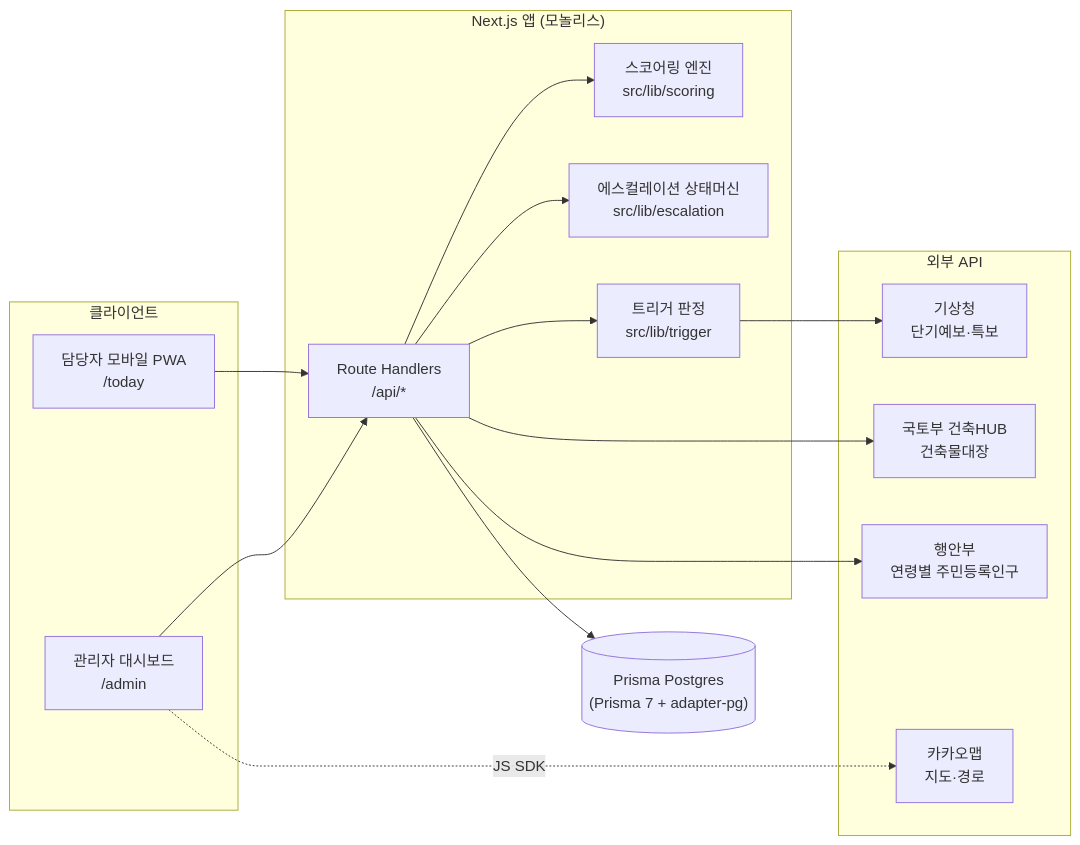
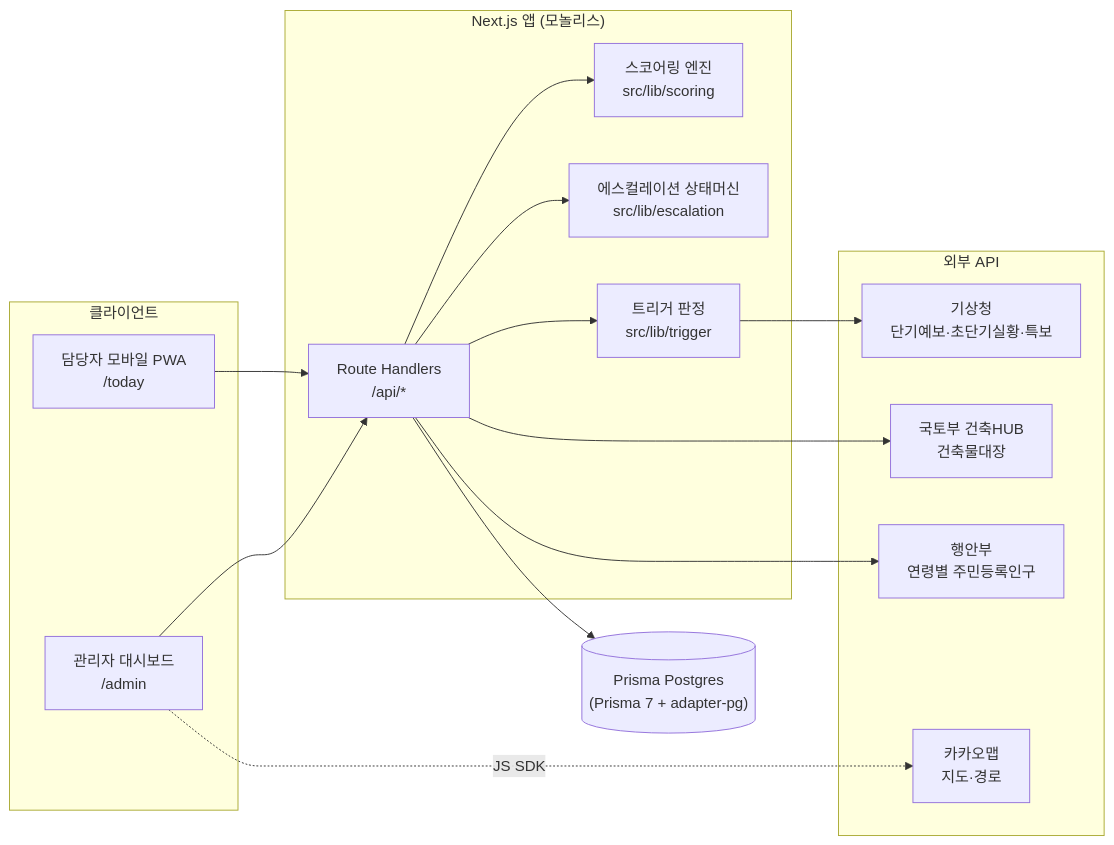
Before and after one commit to NO-TOKEN-NO-WORK/this-house-first: the first of 3 diagrams in docs/architecture.md, drawn with Mermaid. The commit also changed other lines of this file and 2 other files, not shown here.

````diff
--- a/docs/architecture.md
+++ b/docs/architecture.md
@@ -9,28 +9,28 @@
 ```mermaid
 flowchart LR
     subgraph client["클라이언트"]
         W["담당자 모바일 PWA<br/>/today"]
         A["관리자 대시보드<br/>/admin"]
     end
     subgraph app["Next.js 앱 (모놀리스)"]
         RH["Route Handlers<br/>/api/*"]
         SC["스코어링 엔진<br/>src/lib/scoring"]
         SM["에스컬레이션 상태머신<br/>src/lib/escalation"]
         TR["트리거 판정<br/>src/lib/trigger"]
     end
     DB[("Prisma Postgres<br/>(Prisma 7 + adapter-pg)")]
     subgraph ext["외부 API"]
-        KMA["기상청<br/>단기예보·특보"]
+        KMA["기상청<br/>단기예보·초단기실황·특보"]
         HUB["국토부 건축HUB<br/>건축물대장"]
         MOIS["행안부<br/>연령별 주민등록인구"]
         KAKAO["카카오맵<br/>지도·경로"]
     end
     W --> RH
     A --> RH
     RH --> SC & SM & TR
     RH --> DB
     TR --> KMA
     RH --> HUB
     RH --> MOIS
     A -.->|JS SDK| KAKAO
 ```
````
